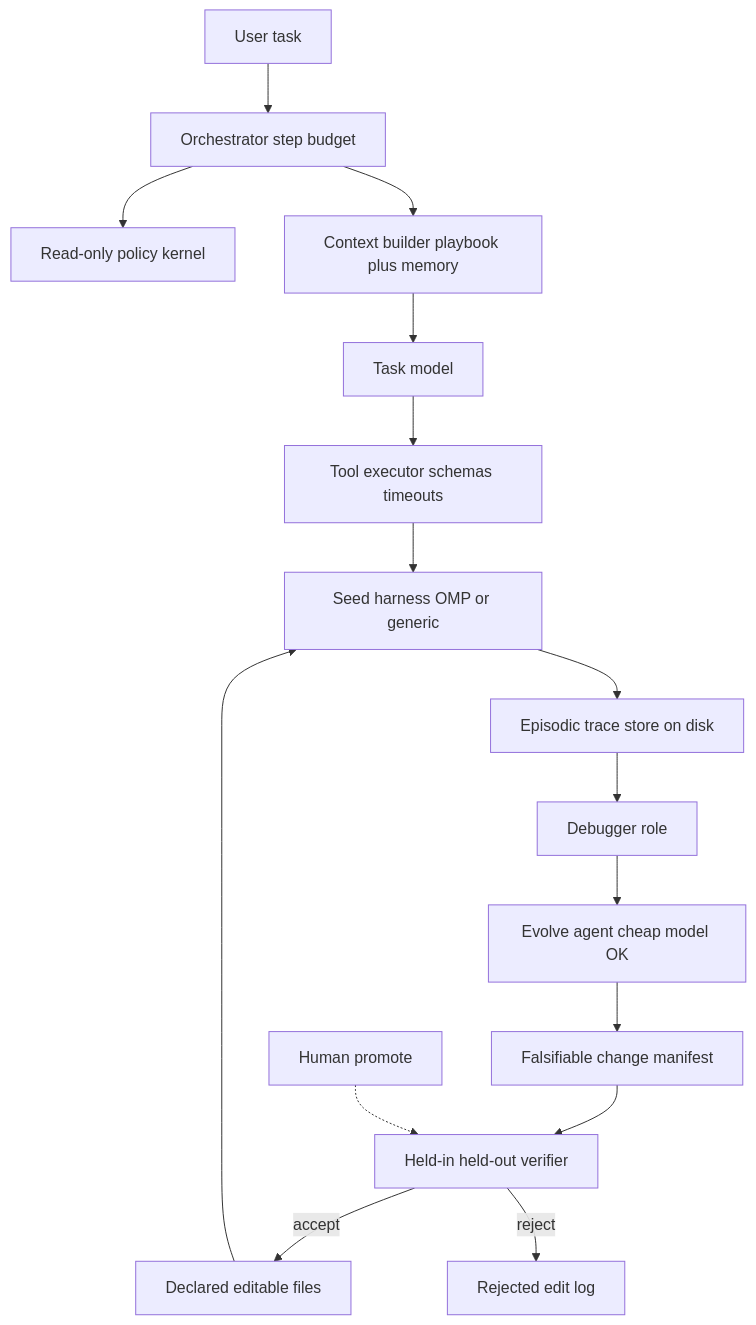
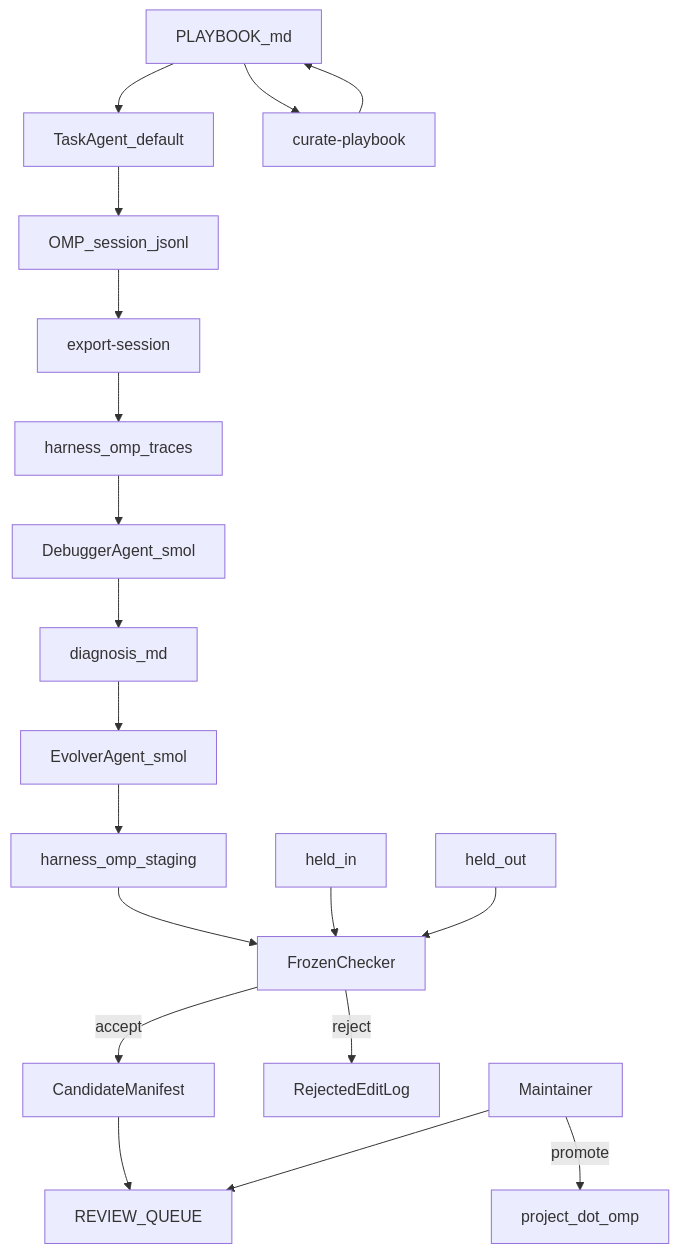
The first of 2 diagrams in IMPLEMENTATION_PLAN.md (Vinayak-RZ/Improveness), drawn with Mermaid before and after one commit. The commit also changed other lines of this file and 6 other files, not shown here.

First line of the commit message:
docs(harness): declare OMP surfaces and kernel

````diff
--- a/IMPLEMENTATION_PLAN.md
+++ b/IMPLEMENTATION_PLAN.md
@@ -104,18 +98,21 @@
 ```mermaid
 flowchart TD
-  user[User task] --> orch[Orchestrator step budget]
-  orch --> policy[Read-only policy kernel]
-  orch --> ctx[Context builder playbook plus memory]
-  ctx --> model[Task model]
-  model --> tools[Tool executor schemas timeouts]
-  tools --> seed[Seed harness OMP or generic]
-  seed --> traces[Episodic trace store on disk]
-  traces --> debugger[Debugger role]
-  debugger --> evolver[Evolve agent cheap model OK]
-  evolver --> manifest[Falsifiable change manifest]
-  manifest --> gate[Held-in held-out verifier]
-  gate -->|accept| surface[Declared editable files]
-  gate -->|reject| log[Rejected edit log]
-  surface --> seed
-  human[Human promote] -.-> gate
+  task[TaskAgent_default] --> sessionJsonl[OMP_session_jsonl]
+  sessionJsonl --> exporter[export-session]
+  exporter --> traces[harness_omp_traces]
+  traces --> debugger[DebuggerAgent_smol]
+  debugger --> diagnosis[diagnosis_md]
+  diagnosis --> evolver[EvolverAgent_smol]
+  playbook[PLAYBOOK_md] --> curator[curate-playbook]
+  curator --> playbook
+  playbook --> task
+  evolver --> staging[harness_omp_staging]
+  staging --> checker[FrozenChecker]
+  heldIn[held_in] --> checker
+  heldOut[held_out] --> checker
+  checker -->|accept| manifest[CandidateManifest]
+  checker -->|reject| rejectLog[RejectedEditLog]
+  manifest --> queue[REVIEW_QUEUE]
+  human[Maintainer] --> queue
+  human -->|promote| overlay[project_dot_omp]
 ```
````
